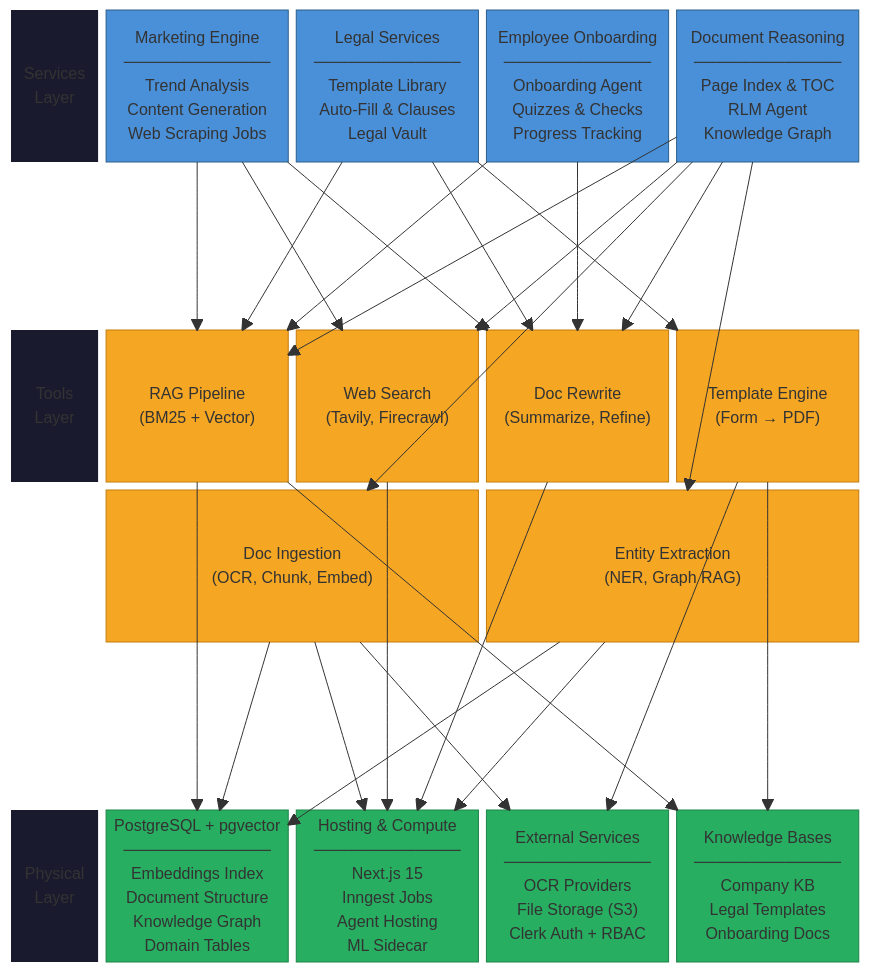
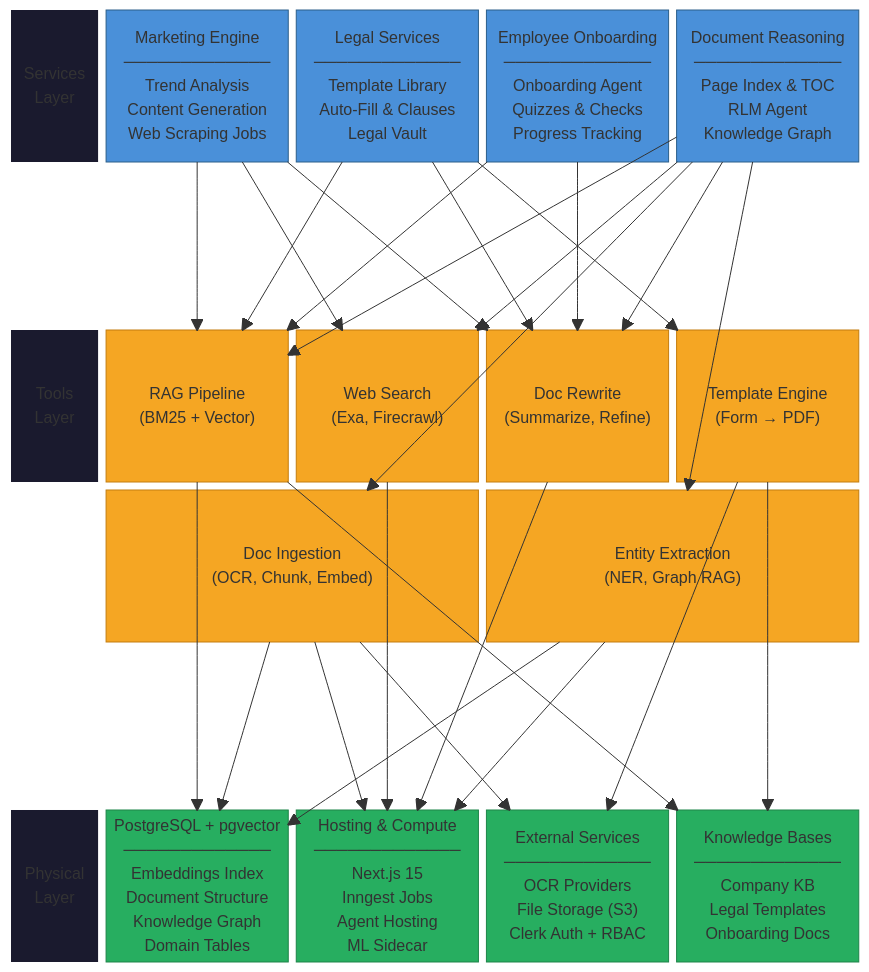
One commit to jeremiasaguero0322/launch-stack changed the diagram in docs/Architechture/Overall.md. Above: the diagram before and after it, drawn with Mermaid. The commit also changed 135 other files, not shown here.

````diff
--- a/docs/Architechture/Overall.md
+++ b/docs/Architechture/Overall.md
@@ -13,67 +13,67 @@
 ```mermaid
 block-beta
   columns 9
 
   SLABEL["Services\nLayer"]:1
   MKT["Marketing Engine\n─────────────\nTrend Analysis\nContent Generation\nWeb Scraping Jobs"]:2
   LEG["Legal Services\n─────────────\nTemplate Library\nAuto-Fill & Clauses\nLegal Vault"]:2
   ONB["Employee Onboarding\n─────────────\nOnboarding Agent\nQuizzes & Checks\nProgress Tracking"]:2
   DOCR["Document Reasoning\n─────────────\nPage Index & TOC\nRLM Agent\nKnowledge Graph"]:2
 
   space:9
 
   TLABEL["Tools\nLayer"]:1
   RAG["RAG Pipeline\n(BM25 + Vector)"]:2
-  WEB["Web Search\n(Tavily, Firecrawl)"]:2
+  WEB["Web Search\n(Exa, Firecrawl)"]:2
   REW["Doc Rewrite\n(Summarize, Refine)"]:2
   TMPL["Template Engine\n(Form → PDF)"]:2
   space:1
   ING["Doc Ingestion\n(OCR, Chunk, Embed)"]:4
   ENT["Entity Extraction\n(NER, Graph RAG)"]:4
 
   space:9
 
   PLABEL["Physical\nLayer"]:1
   DB["PostgreSQL + pgvector\n─────────────\nEmbeddings Index\nDocument Structure\nKnowledge Graph\nDomain Tables"]:2
   HOST["Hosting & Compute\n─────────────\nNext.js 15\nInngest Jobs\nAgent Hosting\nML Sidecar"]:2
   EXT["External Services\n─────────────\nOCR Providers\nFile Storage (S3)\nClerk Auth + RBAC"]:2
   KBS["Knowledge Bases\n─────────────\nCompany KB\nLegal Templates\nOnboarding Docs"]:2
 
   %% Service → Tool edges
   MKT --> RAG
   MKT --> WEB
   MKT --> REW
   LEG --> RAG
   LEG --> REW
   LEG --> TMPL
   ONB --> RAG
   ONB --> REW
   DOCR --> RAG
   DOCR --> WEB
   DOCR --> REW
   DOCR --> ING
   DOCR --> ENT
 
   %% Tool → Physical edges
   RAG --> DB
   RAG --> KBS
   WEB --> HOST
   REW --> HOST
   TMPL --> EXT
   TMPL --> KBS
   ING --> DB
   ING --> EXT
   ING --> HOST
   ENT --> DB
   ENT --> HOST
 
   classDef layer fill:#1a1a2e,color:#eee,stroke:none
   classDef svc fill:#4A90D9,color:#fff,stroke:#2C5F8A,stroke-width:1px
   classDef tool fill:#F5A623,color:#fff,stroke:#C47D0E,stroke-width:1px
   classDef phys fill:#27AE60,color:#fff,stroke:#1E8449,stroke-width:1px
 
   class SLABEL,TLABEL,PLABEL layer
   class MKT,LEG,ONB,DOCR svc
   class RAG,WEB,REW,TMPL,ING,ENT tool
   class DB,HOST,EXT,KBS phys
 ```
````
